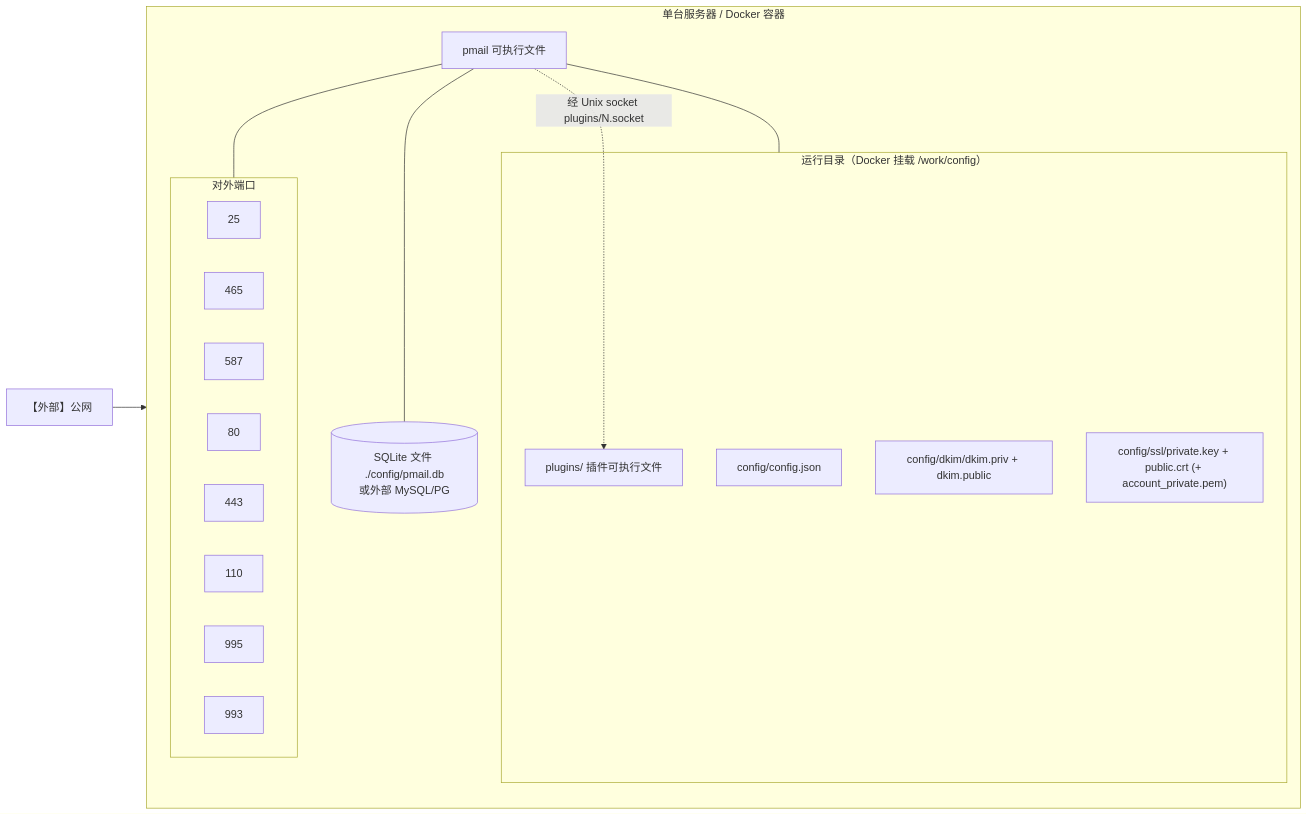
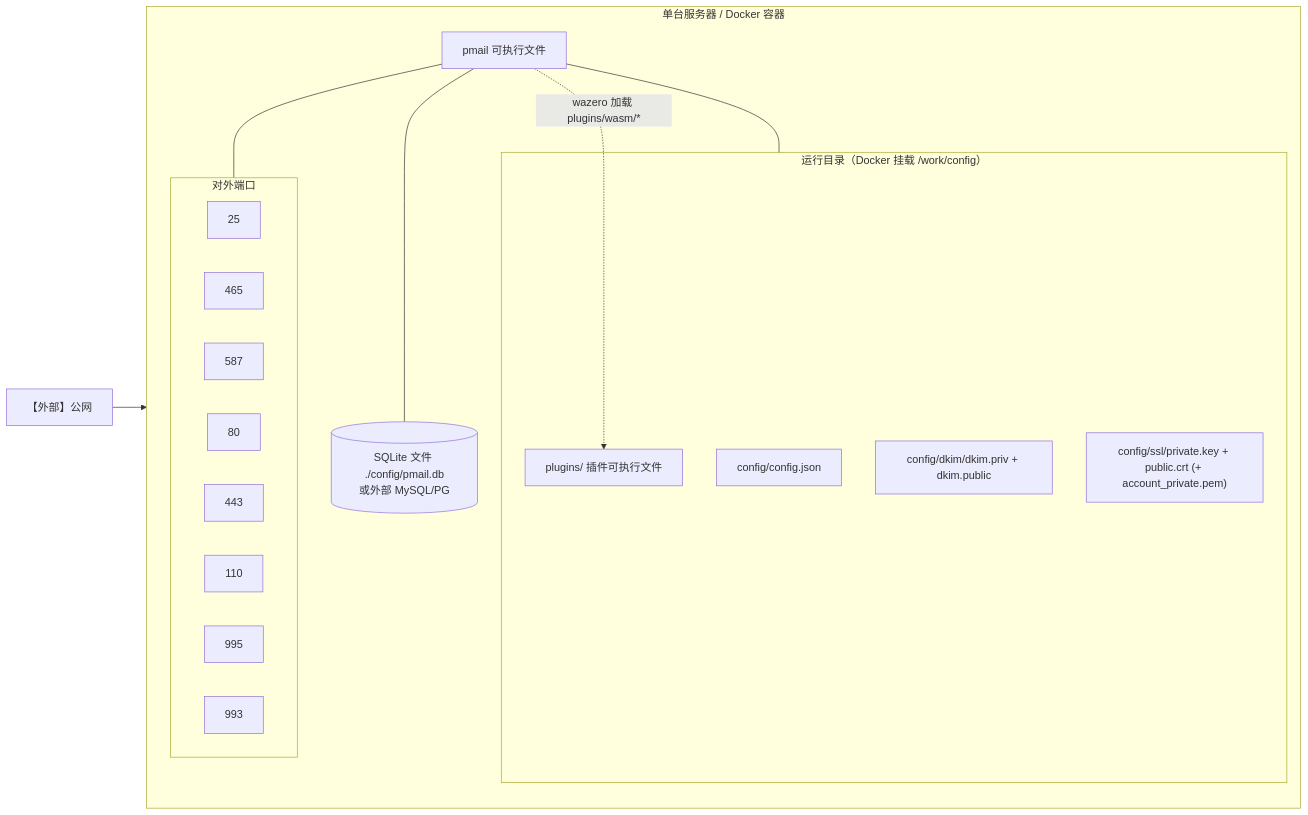
The second of 4 diagrams in docs/架构全景图.md (bambuo/PMail), drawn with Mermaid before and after one commit. The commit also changed other lines of this file and 80 other files, not shown here.

````diff
--- a/docs/架构全景图.md
+++ b/docs/架构全景图.md
@@ -66,30 +66,30 @@
 ```mermaid
 flowchart LR
   subgraph host["单台服务器 / Docker 容器"]
     direction TB
     bin["pmail 可执行文件"]
     subgraph workdir["运行目录（Docker 挂载 /work/config）"]
       cfg["config/config.json"]
       dkimdir["config/dkim/dkim.priv + dkim.public"]
       ssldir["config/ssl/private.key + public.crt (+ account_private.pem)"]
       plugindir["plugins/ 插件可执行文件"]
     end
     subgraph ports["对外端口"]
       p25[25]
       p465[465]
       p587[587]
       p80[80]
       p443[443]
       p110[110]
       p995[995]
       p993[993]
     end
     vol[("SQLite 文件 ./config/pmail.db<br/>或外部 MySQL/PG")]
   end
 
   bin --- workdir
   bin --- ports
   bin --- vol
-  bin -.->|"经 Unix socket plugins/N.socket"| plugindir
+  bin -.->|"wazero 加载 plugins/wasm/*"| plugindir
   net["【外部】公网"] --> ports
 ```
````
